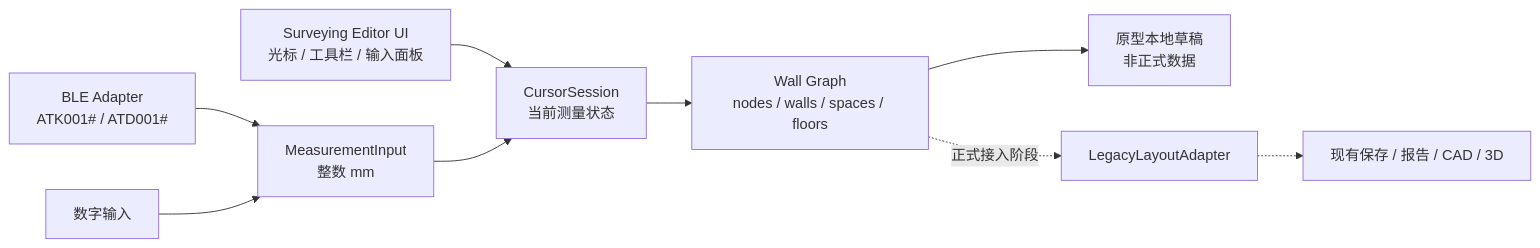
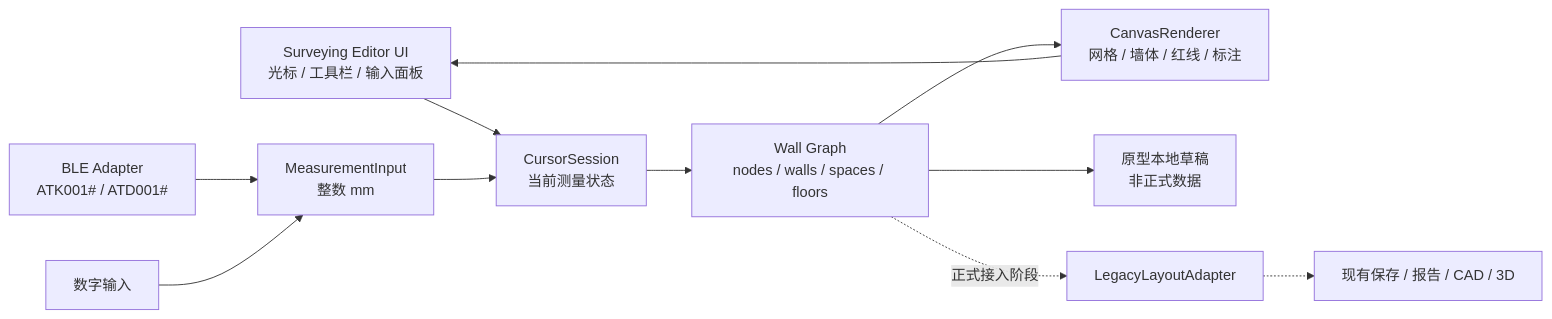
Before and after one commit to zmc1212/Smart-Floor-Planner: the diagram in docs/surveying-module/README.md, drawn with Mermaid. The commit also changed other lines of this file and 4 other files, not shown here.

````diff
--- a/docs/surveying-module/README.md
+++ b/docs/surveying-module/README.md
@@ -42,11 +42,13 @@
 ```mermaid
 flowchart LR
   UI["Surveying Editor UI<br/>光标 / 工具栏 / 输入面板"] --> Session["CursorSession<br/>当前测量状态"]
   BLE["BLE Adapter<br/>ATK001# / ATD001#"] --> Input["MeasurementInput<br/>整数 mm"]
   Manual["数字输入"] --> Input
   Input --> Session
   Session --> Graph["Wall Graph<br/>nodes / walls / spaces / floors"]
+  Graph --> Canvas["CanvasRenderer<br/>网格 / 墙体 / 红线 / 标注"]
+  Canvas --> UI
   Graph --> Local["原型本地草稿<br/>非正式数据"]
   Graph -. "正式接入阶段" .-> Adapter["LegacyLayoutAdapter"]
   Adapter -.-> Existing["现有保存 / 报告 / CAD / 3D"]
 ```
````
